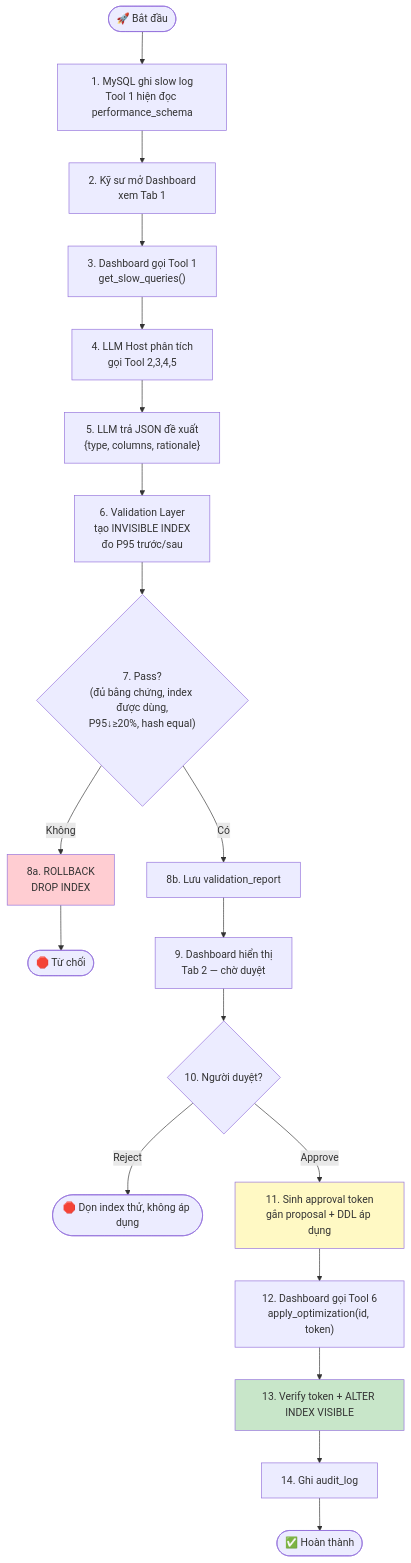
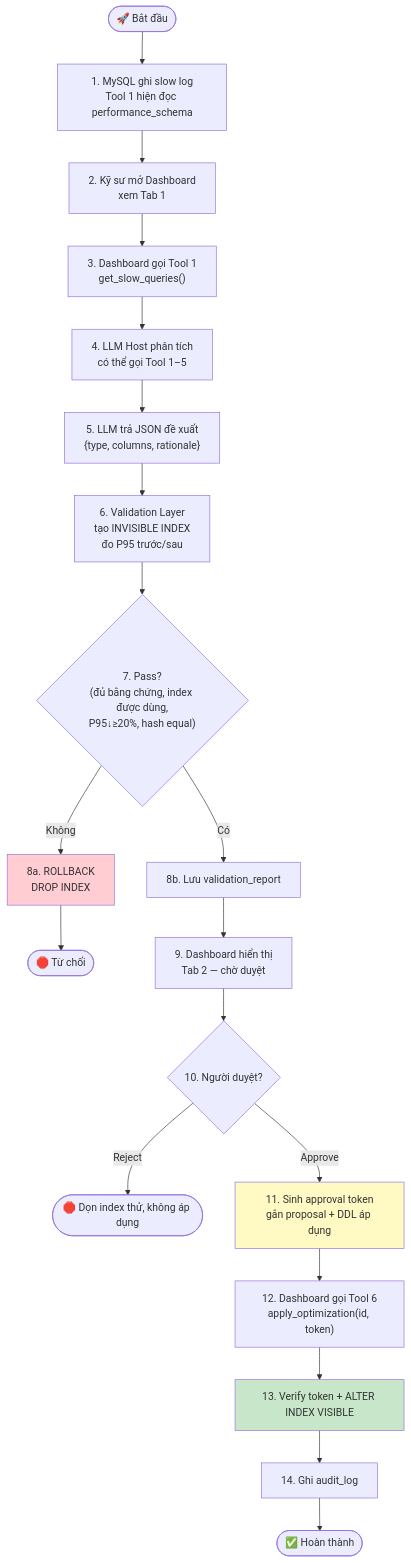
The third of 8 diagrams in docs/architecture.md (lam-vu6868/mcp-slowquery-optimizer), drawn with Mermaid before and after one commit. The commit also changed other lines of this file, not shown here.

````diff
--- a/docs/architecture.md
+++ b/docs/architecture.md
@@ -233,25 +228,25 @@
 ```mermaid
 flowchart TD
     S([🚀 Bắt đầu]) --> B1["1. MySQL ghi slow log<br/>Tool 1 hiện đọc performance_schema"]
     B1 --> B2["2. Kỹ sư mở Dashboard<br/>xem Tab 1"]
     B2 --> B3["3. Dashboard gọi Tool 1<br/>get_slow_queries()"]
-    B3 --> B4["4. LLM Host phân tích<br/>gọi Tool 2,3,4,5"]
+    B3 --> B4["4. LLM Host phân tích<br/>có thể gọi Tool 1–5"]
     B4 --> B5["5. LLM trả JSON đề xuất<br/>{type, columns, rationale}"]
     B5 --> B6["6. Validation Layer<br/>tạo INVISIBLE INDEX<br/>đo P95 trước/sau"]
     B6 --> B7{"7. Pass?<br/>(đủ bằng chứng, index được dùng,<br/>P95↓≥20%, hash equal)"}
     B7 -->|Không| B8["8a. ROLLBACK<br/>DROP INDEX"]
     B7 -->|Có| B9["8b. Lưu validation_report"]
     B8 --> END([🛑 Từ chối])
     B9 --> B10["9. Dashboard hiển thị<br/>Tab 2 — chờ duyệt"]
     B10 --> B11{"10. Người duyệt?"}
     B11 -->|Reject| END2([🛑 Dọn index thử, không áp dụng])
     B11 -->|Approve| B12["11. Sinh approval token<br/>gắn proposal + DDL áp dụng"]
     B12 --> B13["12. Dashboard gọi Tool 6<br/>apply_optimization(id, token)"]
     B13 --> B14["13. Verify token + ALTER INDEX VISIBLE"]
     B14 --> B15["14. Ghi audit_log"]
     B15 --> END3([✅ Hoàn thành])
 
     style B8 fill:#ffcdd2
     style B14 fill:#c8e6c9
     style B12 fill:#fff9c4
 ```
````
